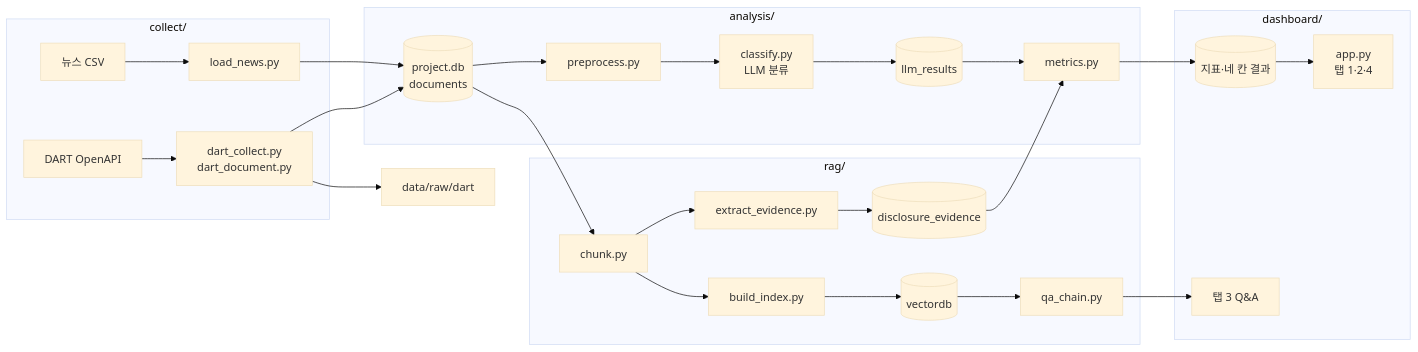
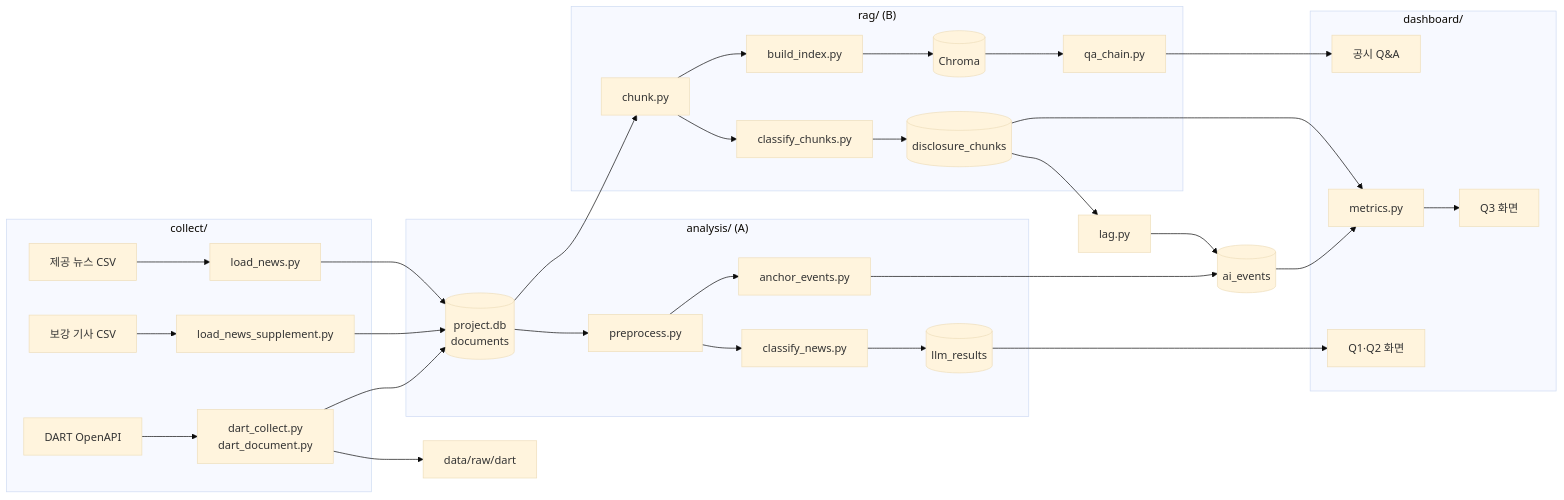
One commit to AI-Campus-1st/mid-marketing-insight changed the diagram in docs/PROJECT_STRUCTURE.md. Above: the diagram before and after it, drawn with Mermaid (base theme). The commit also changed other lines of this file and 5 other files, not shown here.

````diff
--- a/docs/PROJECT_STRUCTURE.md
+++ b/docs/PROJECT_STRUCTURE.md
@@ -73,31 +76,36 @@
 ```mermaid
 flowchart LR
     subgraph 수집["collect/"]
-        N[뉴스 CSV] --> LN[load_news.py]
+        N[제공 뉴스 CSV] --> LN[load_news.py]
+        S[보강 기사 CSV] --> LS[load_news_supplement.py]
         DART[DART OpenAPI] --> DC[dart_collect.py<br/>dart_document.py]
     end
 
     LN --> DB[(project.db<br/>documents)]
+    LS --> DB
     DC --> RAW[data/raw/dart]
     DC --> DB
 
-    subgraph 분석["analysis/"]
-        DB --> PP[preprocess.py] --> CL[classify.py<br/>LLM 분류]
+    subgraph 뉴스분석["analysis/ (A)"]
+        DB --> PP[preprocess.py] --> CL[classify_news.py]
         CL --> LR[(llm_results)]
-        LR --> MT[metrics.py]
+        PP --> AE[anchor_events.py]
     end
 
-    subgraph RAG["rag/"]
-        DB --> CH[chunk.py] --> BI[build_index.py] --> VDB[(vectordb)]
-        CH --> EE[extract_evidence.py] --> EV[(disclosure_evidence)]
+    subgraph 공시분석["rag/ (B)"]
+        DB --> CH[chunk.py] --> CC[classify_chunks.py] --> DCH[(disclosure_chunks)]
+        CH --> BI[build_index.py] --> VDB[(Chroma)]
         VDB --> QA[qa_chain.py]
     end
 
-    EV --> MT
-    MT --> RES[(지표·네 칸 결과)]
+    AE --> EV[(ai_events)]
+    DCH --> LAG[lag.py] --> EV
+    EV --> MT[metrics.py]
+    DCH --> MT
 
     subgraph 화면["dashboard/"]
-        RES --> APP[app.py<br/>탭 1·2·4]
-        QA --> APP3[탭 3 Q&A]
+        LR --> Q12[Q1·Q2 화면]
+        MT --> Q3[Q3 화면]
+        QA --> QAT[공시 Q&A]
     end
 ```
````
